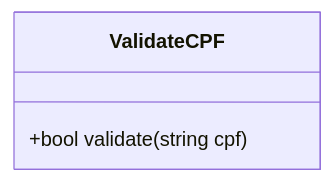
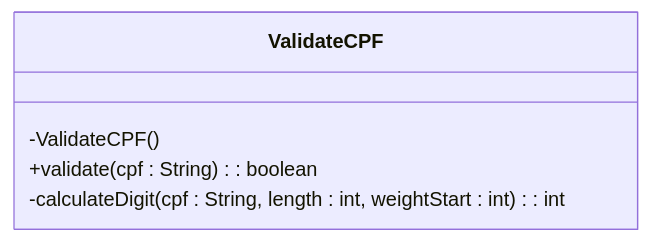
The diagram in ValidateCPF/validate-cpf-class.uml.mermaid (RenatoGarciaLopes/JavaIradoNoTxt), drawn with Mermaid before and after one commit. The commit also changed 5 other files, not shown here.

Commit message:
feat: criei as classes ValidateCPF e ValidateCNPJ, para validar cpf e cnpj, respectivamente

```diff
--- a/ValidateCPF/validate-cpf-class.uml.mermaid
+++ b/ValidateCPF/validate-cpf-class.uml.mermaid
@@ -1,2 +1,6 @@
 classDiagram
-    ValidateCPF : +bool validate(string cpf)
+class ValidateCPF {
+    -ValidateCPF()
+    +validate(cpf : String) : boolean
+    -calculateDigit(cpf : String, length : int, weightStart : int) : int
+}
```
